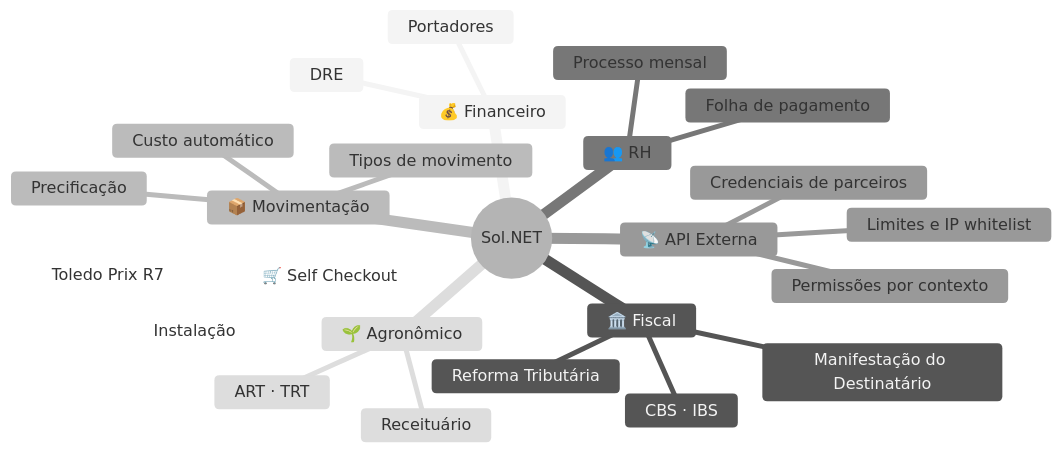
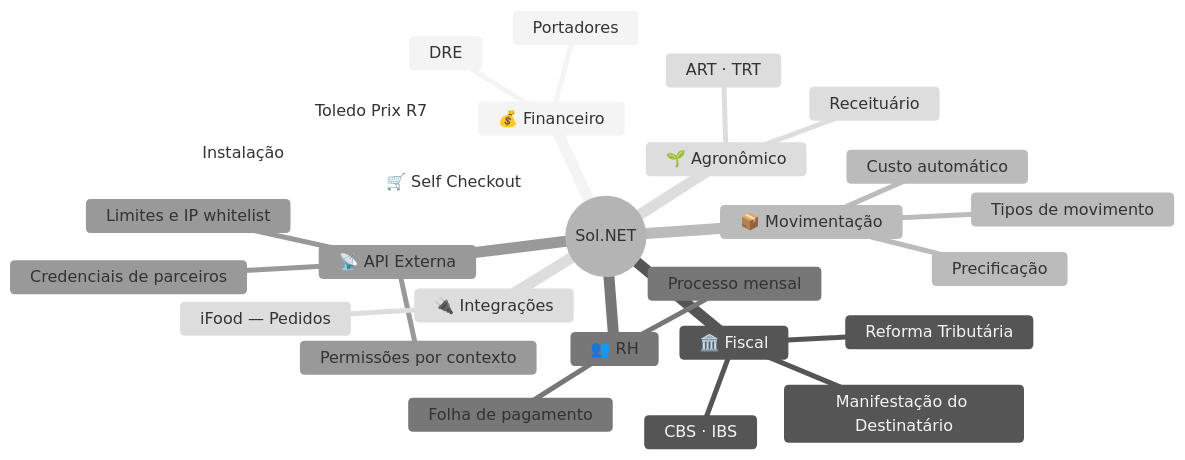
One commit to hetosoft/documentacao-solnet changed the diagram in README.md. Above: the diagram before and after it, drawn with Mermaid (neutral theme). The commit also changed other lines of this file and 6 other files, not shown here.

First line of the commit message:
docs: cria documentação da Integração de Pedidos iFood (módulo Integrações)

````diff
--- a/README.md
+++ b/README.md
@@ -17,28 +17,30 @@
 ```mermaid
 mindmap
   root((Sol.NET))
     💰 Financeiro
       DRE
       Portadores
     🏛️ Fiscal
       Reforma Tributária
       CBS · IBS
       Manifestação do Destinatário
     📦 Movimentação
       Tipos de movimento
       Precificação
       Custo automático
     👥 RH
       Folha de pagamento
       Processo mensal
     📡 API Externa
       Credenciais de parceiros
       Permissões por contexto
       Limites e IP whitelist
     🌱 Agronômico
       Receituário
       ART · TRT
     🛒 Self Checkout
       Instalação
       Toledo Prix R7
+    🔌 Integrações
+      iFood — Pedidos
 ```
````
